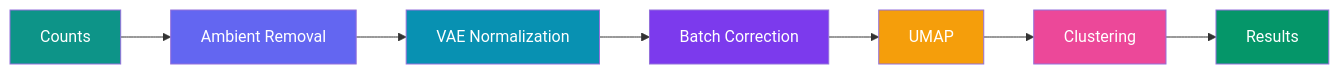
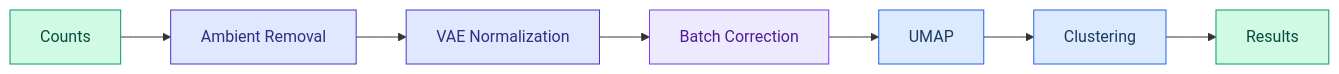
Before and after one commit to avitai/DiffBio: the diagram in docs/user-guide/pipelines/single-cell.md, drawn with Mermaid. The commit also changed other lines of this file and 124 other files, not shown here.

````diff
--- a/docs/user-guide/pipelines/single-cell.md
+++ b/docs/user-guide/pipelines/single-cell.md
@@ -9,17 +9,17 @@
 ```mermaid
 graph LR
     A[Counts] --> B[Ambient Removal]
     B --> C[VAE Normalization]
     C --> D[Batch Correction]
     D --> E[UMAP]
     E --> F[Clustering]
     F --> G[Results]
 
-    style A fill:#0d9488,color:#fff
-    style B fill:#6366f1,color:#fff
-    style C fill:#0891b2,color:#fff
-    style D fill:#7c3aed,color:#fff
-    style E fill:#f59e0b,color:#fff
-    style F fill:#ec4899,color:#fff
-    style G fill:#059669,color:#fff
+    style A fill:#d1fae5,stroke:#059669,color:#064e3b
+    style B fill:#e0e7ff,stroke:#4338ca,color:#312e81
+    style C fill:#e0e7ff,stroke:#4338ca,color:#312e81
+    style D fill:#ede9fe,stroke:#7c3aed,color:#4c1d95
+    style E fill:#dbeafe,stroke:#2563eb,color:#1e3a5f
+    style F fill:#dbeafe,stroke:#2563eb,color:#1e3a5f
+    style G fill:#d1fae5,stroke:#059669,color:#064e3b
 ```
````
